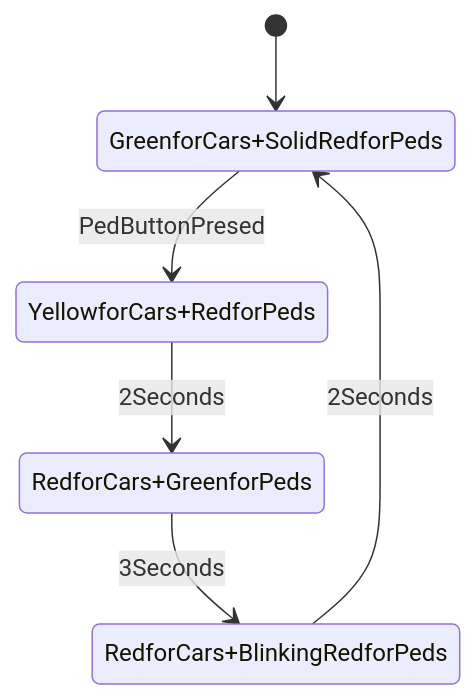
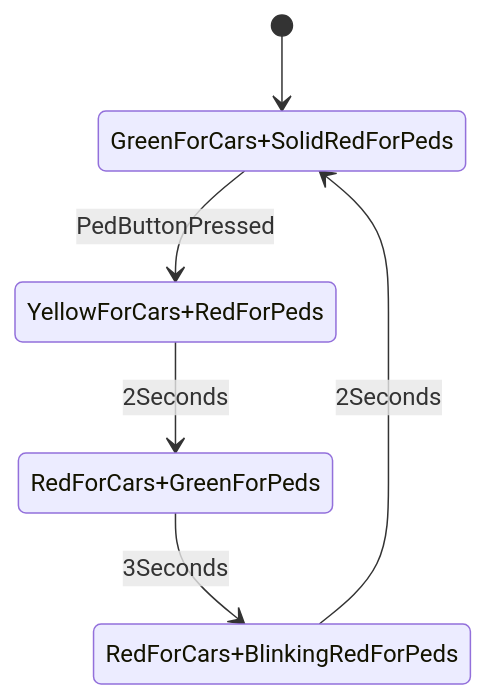
One commit to wduraes/Workshops changed the second of 2 diagrams in Embedded Development/traffic-light/readme.md. Above: the diagram before and after it, drawn with Mermaid. The commit also changed other lines of this file and 2 other files, not shown here.

````diff
--- a/Embedded Development/traffic-light/readme.md
+++ b/Embedded Development/traffic-light/readme.md
@@ -7,8 +59,8 @@
 ```mermaid
 stateDiagram-v2
-[*] --> GreenforCars+SolidRedforPeds
-GreenforCars+SolidRedforPeds --> YellowforCars+RedforPeds: PedButtonPresed
-YellowforCars+RedforPeds --> RedforCars+GreenforPeds:2Seconds
-RedforCars+GreenforPeds --> RedforCars+BlinkingRedforPeds:3Seconds
-RedforCars+BlinkingRedforPeds --> GreenforCars+SolidRedforPeds:2Seconds
+[*] --> GreenForCars+SolidRedForPeds
+GreenForCars+SolidRedForPeds --> YellowForCars+RedForPeds: PedButtonPressed
+YellowForCars+RedForPeds --> RedForCars+GreenForPeds:2Seconds
+RedForCars+GreenForPeds --> RedForCars+BlinkingRedForPeds:3Seconds
+RedForCars+BlinkingRedForPeds --> GreenForCars+SolidRedForPeds:2Seconds
 ```
````
